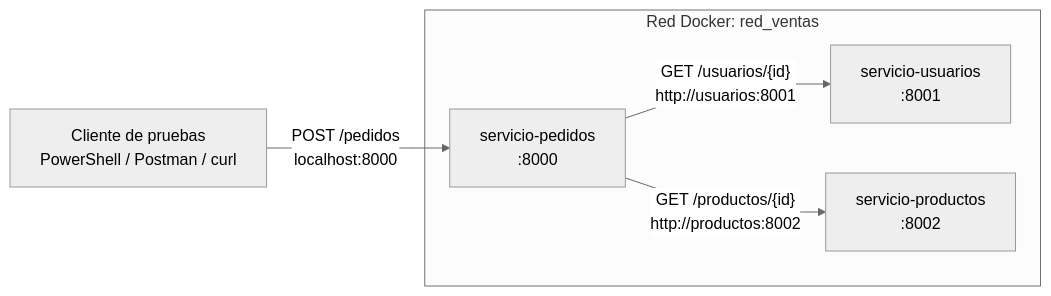
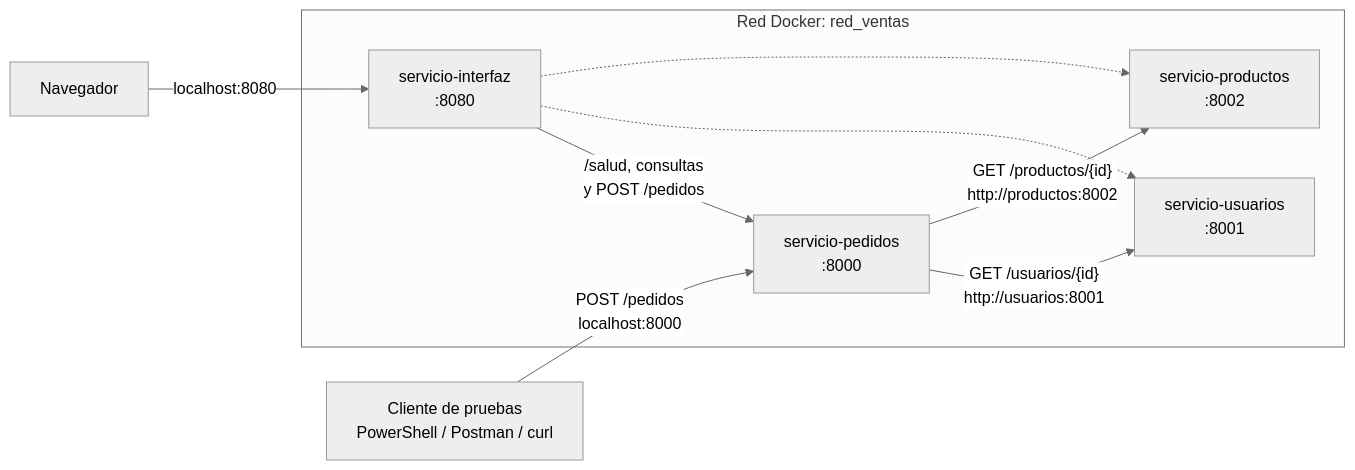
One commit to Maycolb3/laboratorio-ventas changed the diagram in README.md. Above: the diagram before and after it, drawn with Mermaid (neutral theme). The commit also changed other lines of this file and 6 other files, not shown here.

````diff
--- a/README.md
+++ b/README.md
@@ -42,11 +42,16 @@
 ```mermaid
 flowchart LR
     C["Cliente de pruebas<br/>PowerShell / Postman / curl"] -- "POST /pedidos<br/>localhost:8000" --> PED
+    N["Navegador"] -- "localhost:8080" --> INT
     subgraph RED["Red Docker: red_ventas"]
+        INT["servicio-interfaz<br/>:8080"]
+        INT -- "/salud, consultas<br/>y POST /pedidos" --> PED
+        INT -.-> USU
+        INT -.-> PRO
         PED["servicio-pedidos<br/>:8000"]
         USU["servicio-usuarios<br/>:8001"]
         PRO["servicio-productos<br/>:8002"]
         PED -- "GET /usuarios/{id}<br/>http://usuarios:8001" --> USU
         PED -- "GET /productos/{id}<br/>http://productos:8002" --> PRO
     end
 ```
````
